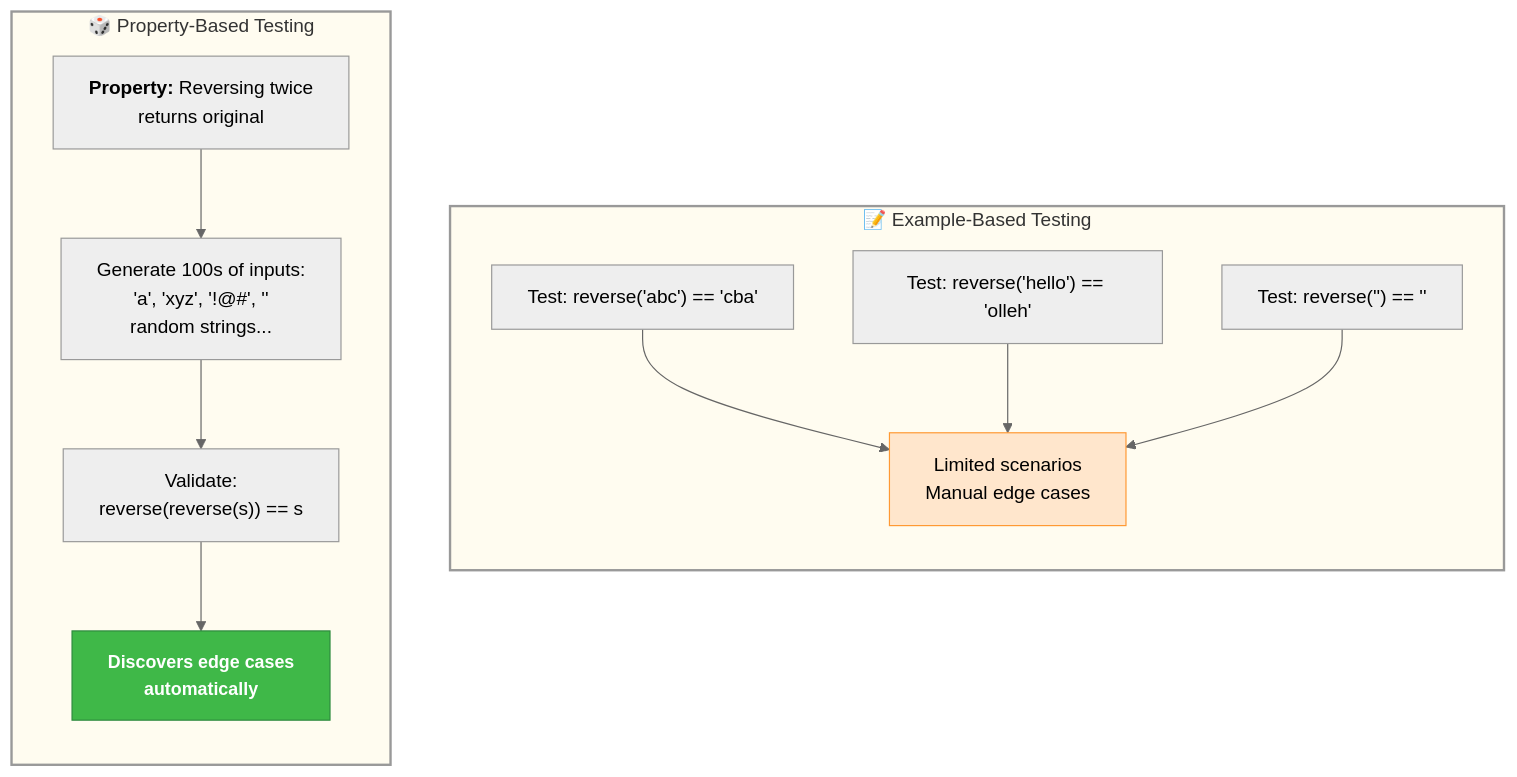
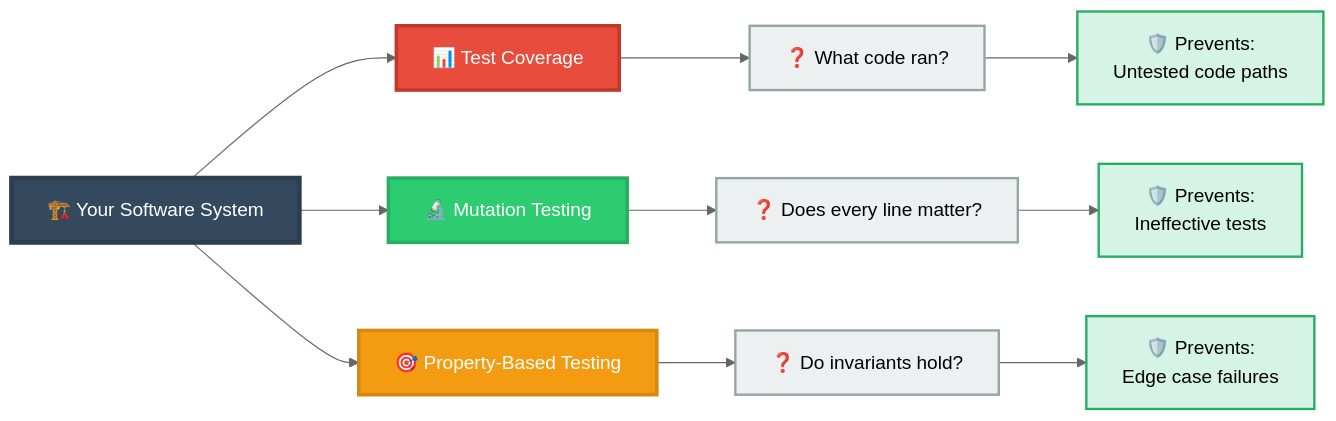
The third of 4 diagrams in _posts/2020-12-06-coverage-vs-mutation-vs-property-base-testing.md (aravind666/aravind666.github.io), drawn with Mermaid (neutral theme) before and after one commit. The commit also changed other lines of this file and 7 other files, not shown here.

```diff
--- a/_posts/2020-12-06-coverage-vs-mutation-vs-property-base-testing.md
+++ b/_posts/2020-12-06-coverage-vs-mutation-vs-property-base-testing.md
@@ -152,27 +168,27 @@
 <div class="mermaid">
-graph TB
-    subgraph EB["📝 Example-Based Testing"]
-        direction TB
-        E1["Test: reverse('abc') == 'cba'"]
-        E2["Test: reverse('hello') == 'olleh'"]
-        E3["Test: reverse('') == ''"]
-        E4["Limited scenarios<br/>Manual edge cases"]
-        E1 --> E4
-        E2 --> E4
-        E3 --> E4
-        style E4 fill:#ffe6cc,stroke:#ff9933
-    end
+flowchart LR
+    Code["🏗️ Your Software System"]
     
-    subgraph PB["🎲 Property-Based Testing"]
-        direction TB
-        P1["<b>Property:</b> Reversing twice<br/>returns original"]
-        P2["Generate 100s of inputs:<br/>'a', 'xyz', '!@#', ''<br/>random strings..."]
-        P3["Validate:<br/>reverse(reverse(s)) == s"]
-        P4["<b>Discovers edge cases<br/>automatically</b>"]
-        P1 --> P2 --> P3 --> P4
-        style P4 fill:#3fb848,stroke:#2d8a3e,color:#fff,font-size:15px
-    end
+    Code --> Coverage["📊 Test Coverage"]
+    Code --> Mutation["🔬 Mutation Testing"]
+    Code --> Property["🎯 Property-Based Testing"]
     
-    style EB fill:#fffcf0,stroke:#999,stroke-width:2px
-    style PB fill:#fffcf0,stroke:#999,stroke-width:2px
+    Coverage --> Q1["❓ What code ran?"]
+    Mutation --> Q2["❓ Does every line matter?"]
+    Property --> Q3["❓ Do invariants hold?"]
+    
+    Q1 --> P1["🛡️ Prevents:<br/>Untested code paths"]
+    Q2 --> P2["🛡️ Prevents:<br/>Ineffective tests"]
+    Q3 --> P3["🛡️ Prevents:<br/>Edge case failures"]
+    
+    style Code fill:#34495e,stroke:#2c3e50,stroke-width:4px,color:#fff,font-size:16px
+    style Coverage fill:#e74c3c,stroke:#c0392b,stroke-width:3px,color:#fff
+    style Mutation fill:#2ecc71,stroke:#27ae60,stroke-width:3px,color:#fff
+    style Property fill:#f39c12,stroke:#d68910,stroke-width:3px,color:#fff
+    style Q1 fill:#ecf0f1,stroke:#95a5a6,stroke-width:2px
+    style Q2 fill:#ecf0f1,stroke:#95a5a6,stroke-width:2px
+    style Q3 fill:#ecf0f1,stroke:#95a5a6,stroke-width:2px
+    style P1 fill:#d5f4e6,stroke:#27ae60,stroke-width:2px
+    style P2 fill:#d5f4e6,stroke:#27ae60,stroke-width:2px
+    style P3 fill:#d5f4e6,stroke:#27ae60,stroke-width:2px
 </div>
```
